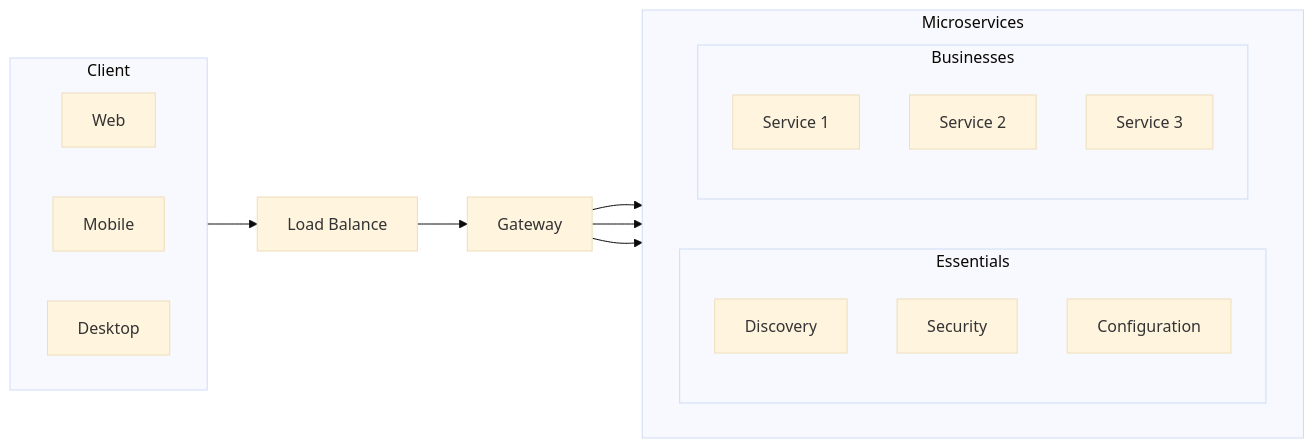
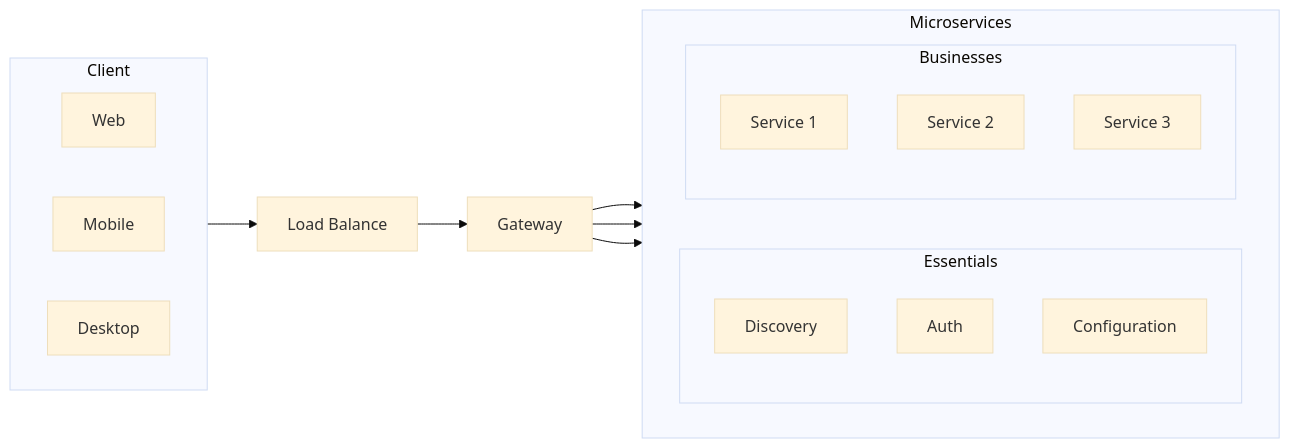
Before and after one commit to hsandmann/platform: the first of 2 diagrams in docs/microservices.md, drawn with Mermaid (base theme). The commit also changed other lines of this file and 3 other files, not shown here.

````diff
--- a/docs/microservices.md
+++ b/docs/microservices.md
@@ -44,31 +41,32 @@
 ``` mermaid
 flowchart LR
   subgraph Client
     direction LR
     Web
     Mobile
     Desktop
   end
   subgraph Microservices
     direction LR
     subgraph Essentials
       direction TB
       discovery["Discovery"]
-      security["Security"]
+      security["Auth"]
       config["Configuration"]
     end
     subgraph Businesses
       direction TB
       ms1["Service 1"]
       ms2["Service 2"]
       ms3["Service 3"]
     end
   end
-  Client --> lb["Load Balance"] --> Gateway --> Businesses
-  Gateway --> security
-  Gateway --> discovery
-  click Gateway "../gateway/" "Gateway"
+  Client --> lb["Load Balance"] --> gateway["Gateway"] --> Businesses
+  gateway --> security
+  gateway --> discovery
+  click gateway "../gateway/" "Gateway"
   click discovery "../discovery/" "Discovery"
   click security "../security/" "Security"
   click config "../config/" "Configuration"
+  click lb "../load-balancing/" "Load Balance"
 ```
````
